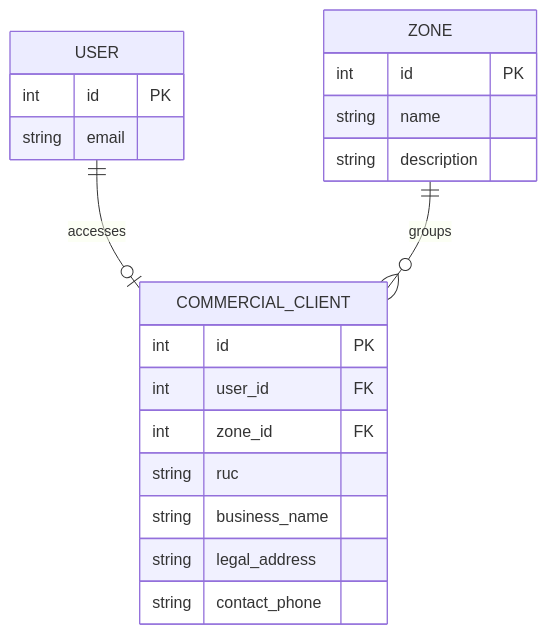
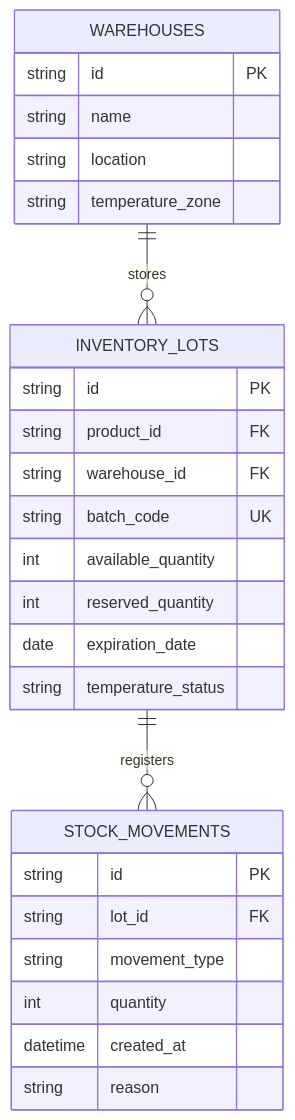
The fourth of 7 diagrams in report/40-chapter-4-product-design/4-8-database-design.md (upc-pre-202610-1asi0730-12242-king/nexa-ecosystem-report), drawn with Mermaid before and after one commit. The commit also changed other lines of this file and 71 other files, not shown here.

````diff
--- a/report/40-chapter-4-product-design/4-8-database-design.md
+++ b/report/40-chapter-4-product-design/4-8-database-design.md
@@ -164,24 +137,29 @@
 ```mermaid
 erDiagram
-    USER {
-        int id PK
-        string email
+    WAREHOUSES {
+        string id PK
+        string name
+        string location
+        string temperature_zone
     }
-    ZONE {
-        int id PK
-        string name
-        string description
+    INVENTORY_LOTS {
+        string id PK
+        string product_id FK
+        string warehouse_id FK
+        string batch_code UK
+        int available_quantity
+        int reserved_quantity
+        date expiration_date
+        string temperature_status
     }
-    COMMERCIAL_CLIENT {
-        int id PK
-        int user_id FK
-        int zone_id FK
-        string ruc
-        string business_name
-        string legal_address
-        string contact_phone
+    STOCK_MOVEMENTS {
+        string id PK
+        string lot_id FK
+        string movement_type
+        int quantity
+        datetime created_at
+        string reason
     }
-
-    USER ||--o| COMMERCIAL_CLIENT : accesses
-    ZONE ||--o{ COMMERCIAL_CLIENT : groups
+    WAREHOUSES ||--o{ INVENTORY_LOTS : stores
+    INVENTORY_LOTS ||--o{ STOCK_MOVEMENTS : registers
 ```
````
